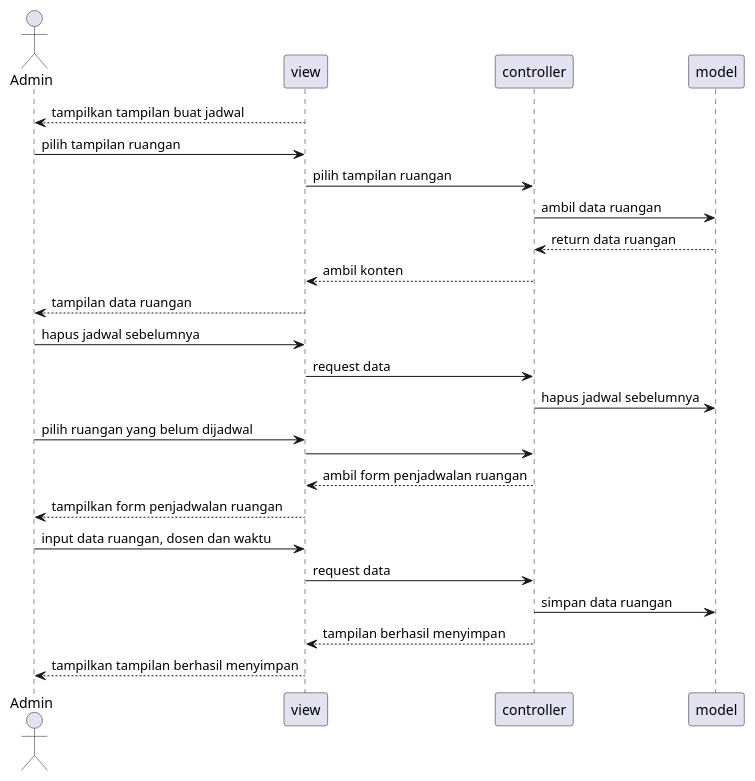
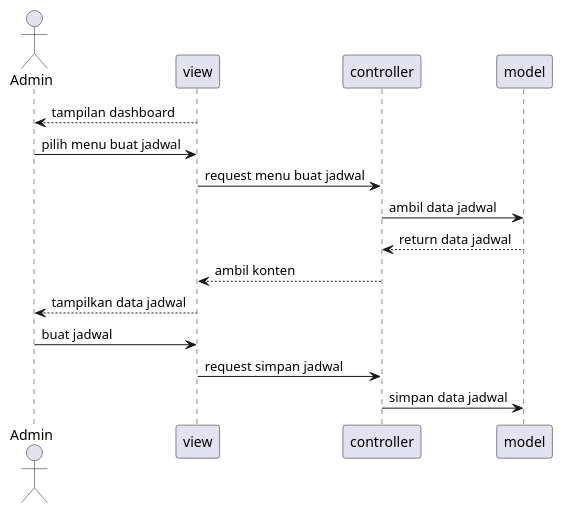
The diagram in docs/uml/sequence/buat-jadwal-default.puml (Ikhlashmulya/ucm), drawn with PlantUML before and after one commit.

Commit message:
update sequence diagram

```diff
--- a/docs/uml/sequence/buat-jadwal-default.puml
+++ b/docs/uml/sequence/buat-jadwal-default.puml
@@ -1,22 +1,13 @@
 @startuml
 actor admin as "Admin"
-view --> admin : tampilkan tampilan buat jadwal
-admin -> view : pilih tampilan ruangan
-view -> controller : pilih tampilan ruangan
-controller -> model : ambil data ruangan
-model --> controller : return data ruangan
+view --> admin : tampilan dashboard
+admin -> view : pilih menu buat jadwal
+view -> controller : request menu buat jadwal
+controller -> model : ambil data jadwal
+model --> controller : return data jadwal
 controller --> view : ambil konten
-view --> admin : tampilan data ruangan
-admin -> view : hapus jadwal sebelumnya
-view -> controller : request data
-controller -> model : hapus jadwal sebelumnya
-admin -> view : pilih ruangan yang belum dijadwal
-view -> controller : 
-controller --> view : ambil form penjadwalan ruangan
-view --> admin : tampilkan form penjadwalan ruangan
-admin -> view : input data ruangan, dosen dan waktu
-view -> controller : request data
-controller -> model : simpan data ruangan
-controller --> view : tampilan berhasil menyimpan
-view --> admin : tampilkan tampilan berhasil menyimpan
+view --> admin : tampilkan data jadwal
+admin -> view : buat jadwal
+view -> controller : request simpan jadwal
+controller -> model : simpan data jadwal
 @enduml
```
